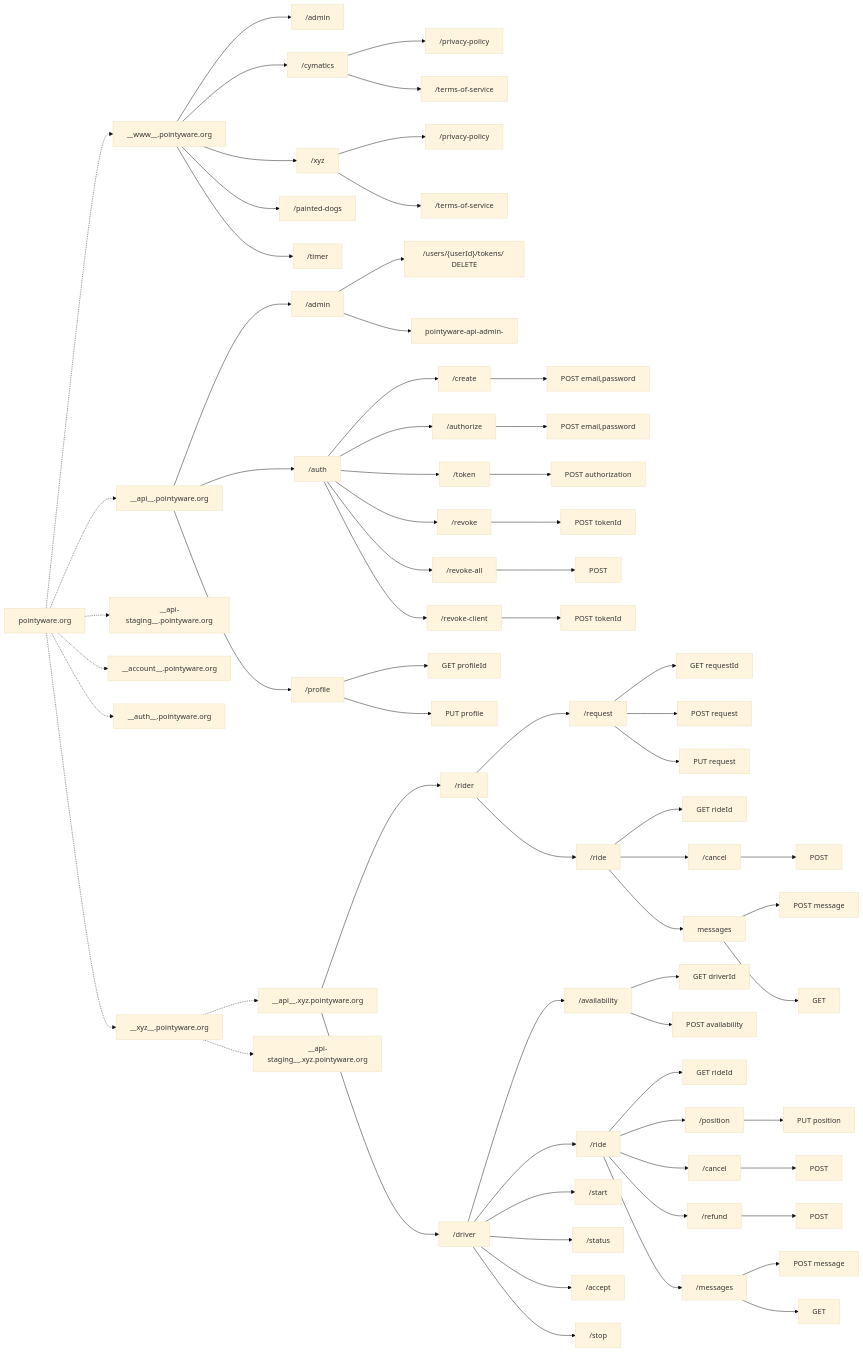
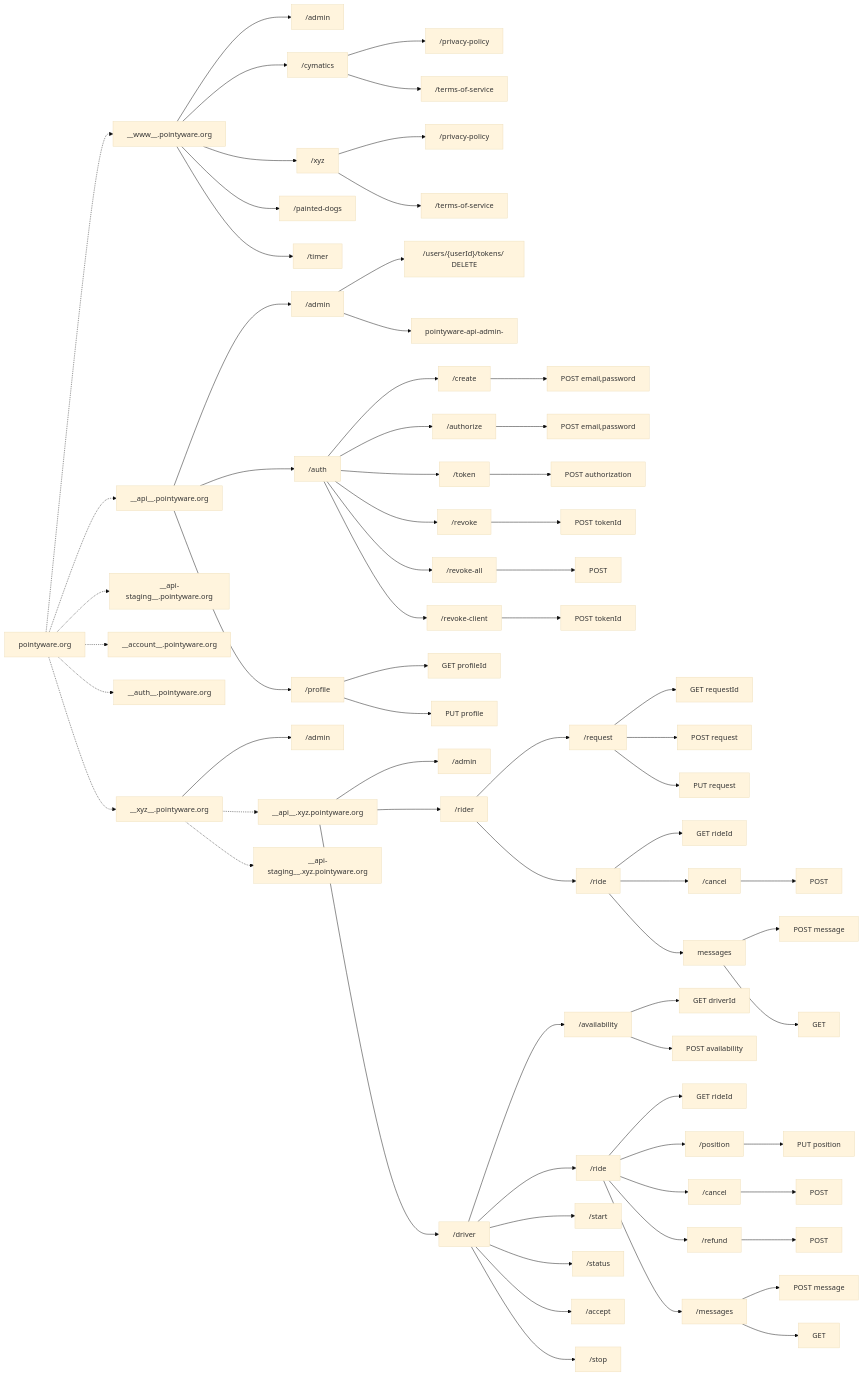
Before and after one commit to Pointyware/XYZ: the diagram in api/sitemap.md, drawn with Mermaid (base theme).

Commit message:
Add xyz admin endpoints

````diff
--- a/api/sitemap.md
+++ b/api/sitemap.md
@@ -4,76 +4,82 @@
 ```mermaid
 
 flowchart LR
     top-level-domain["pointyware.org"]
     top-level-domain -.-> pointyware-site["__www__.pointyware.org"]
     
     pointyware-site --> pointyware-site-admin["/admin"]
 
     pointyware-site --> pointyware-site-cymatics["/cymatics"]
     pointyware-site-cymatics --> pointyware-site-cymatics-privacy["/privacy-policy"]
     pointyware-site-cymatics --> pointyware-site-cymatics-terms["/terms-of-service"]
     
     pointyware-site --> pointyware-site-xyz["/xyz"]
     pointyware-site-xyz --> pointyware-site-xyz-privacy["/privacy-policy"]
     pointyware-site-xyz --> pointyware-site-xyz-terms["/terms-of-service"]
     
     pointyware-site --> pointyware-site-paintedDogs["/painted-dogs"]
     pointyware-site --> pointyware-site-timer["/timer"]
     
     top-level-domain -.-> pointyware-api["__api__.pointyware.org"]
     top-level-domain -.-> pointyware-api-staging["__api-staging__.pointyware.org"]
     top-level-domain -.-> pointyware-api-alt1["__account__.pointyware.org"]
     top-level-domain -.-> pointyware-api-alt2["__auth__.pointyware.org"]
     
     pointyware-api --> pointyware-api-admin["/admin"]
     pointyware-api-admin --> pointyware-api-admin-users-id-tokens-delete["/users/{userId}/tokens/ DELETE"]
     pointyware-api-admin --> pointyware-api-admin-
 
     pointyware-api --> pointyware-api-auth["/auth"]
     pointyware-api-auth --> pointyware-api-auth-create["/create"]
     pointyware-api-auth-create --> pointyware-api-auth-create-post["POST email,password"]
     pointyware-api-auth --> pointyware-api-auth-authorize["/authorize"] --> pointyware-api-auth-authorize-post["POST email,password"]
     pointyware-api-auth --> pointyware-api-auth-token["/token"] --> pointyware-api-auth-token-post["POST authorization"]
     pointyware-api-auth --> pointyware-api-auth-revoke["/revoke"] --> pointyware-api-auth-revoke-post["POST tokenId"]
     pointyware-api-auth --> pointyware-api-auth-revoke-all["/revoke-all"] --> pointyware-api-auth-revoke-all-post["POST"]
     pointyware-api-auth --> pointyware-api-auth-revoke-client["/revoke-client"] --> pointyware-api-auth-revoke-client-post["POST tokenId"]
     
     pointyware-api --> pointyware-api-profile["/profile"]
     pointyware-api-profile --> pointyware-api-profile-get["GET profileId"]
     pointyware-api-profile --> pointyware-api-profile-put["PUT profile"]
 
     top-level-domain -.-> xyz-site["__xyz__.pointyware.org"]
+    xyz-site --> xyz-site-admin["/admin"]
+
     xyz-site -.-> xyz-api["__api__.xyz.pointyware.org"]
     xyz-site -.-> xyz-api-staging["__api-staging__.xyz.pointyware.org"]
+
+
+    xyz-api --> xyz-api-admin["/admin"]
+    %%xyz-api-admin --> xyz-api-admin[""]
 
     xyz-api --> xyz-api-rider["/rider"]
     xyz-api-rider --> xyz-api-rider-request["/request"]
     xyz-api-rider-request --> xyz-api-rider-request-get["GET requestId"]
     xyz-api-rider-request --> xyz-api-rider-request-post["POST request"]
     xyz-api-rider-request --> xyz-api-rider-request-put["PUT request"]
     xyz-api-rider --> xyz-api-rider-ride["/ride"]
     xyz-api-rider-ride --> xyz-api-rider-ride-get["GET rideId"]
     xyz-api-rider-ride --> xyz-api-rider-ride-cancel["/cancel"] --> xyz-api-rider-ride-cancle-post["POST"]
     xyz-api-rider-ride --> xyz-api-rider-ride-messages["messages"]
     xyz-api-rider-ride-messages --> xyz-api-rider-ride-messages-post["POST message"]
     xyz-api-rider-ride-messages --> xyz-api-rider-ride-messages-get["GET"]
     
     xyz-api --> xyz-api-driver["/driver"]
     xyz-api-driver --> xyz-api-driver-availability["/availability"]
     xyz-api-driver-availability --> xyz-api-driver-availability-get["GET driverId"]
     xyz-api-driver-availability --> xyz-api-driver-availability-post["POST availability"]
     xyz-api-driver --> xyz-api-driver-ride["/ride"]
     xyz-api-driver-ride --> xyz-api-driver-ride-get["GET rideId"]
     xyz-api-driver-ride --> xyz-api-driver-ride-position["/position"]
     xyz-api-driver-ride-position --> xyz-api-driver-ride-position-put["PUT position"]
     xyz-api-driver-ride --> xyz-api-driver-ride-cancel["/cancel"] --> xyz-api-driver-ride-cancel-post["POST"]
     xyz-api-driver-ride --> xyz-api-driver-ride-refund["/refund"]
     xyz-api-driver-ride-refund --> xyz-api-driver-ride-refund-post["POST"]
     xyz-api-driver --> xyz-api-driver-start["/start"]
     xyz-api-driver --> xyz-api-driver-status["/status"]
     xyz-api-driver --> xyz-api-driver-accept["/accept"]
     xyz-api-driver --> xyz-api-driver-stop["/stop"]
     xyz-api-driver-ride --> xyz-api-driver-ride-messages["/messages"]
     xyz-api-driver-ride-messages --> xyz-api-driver-ride-messages-post["POST message"]
     xyz-api-driver-ride-messages --> xyz-api-driver-ride-messages-get["GET"]
 ```
````
